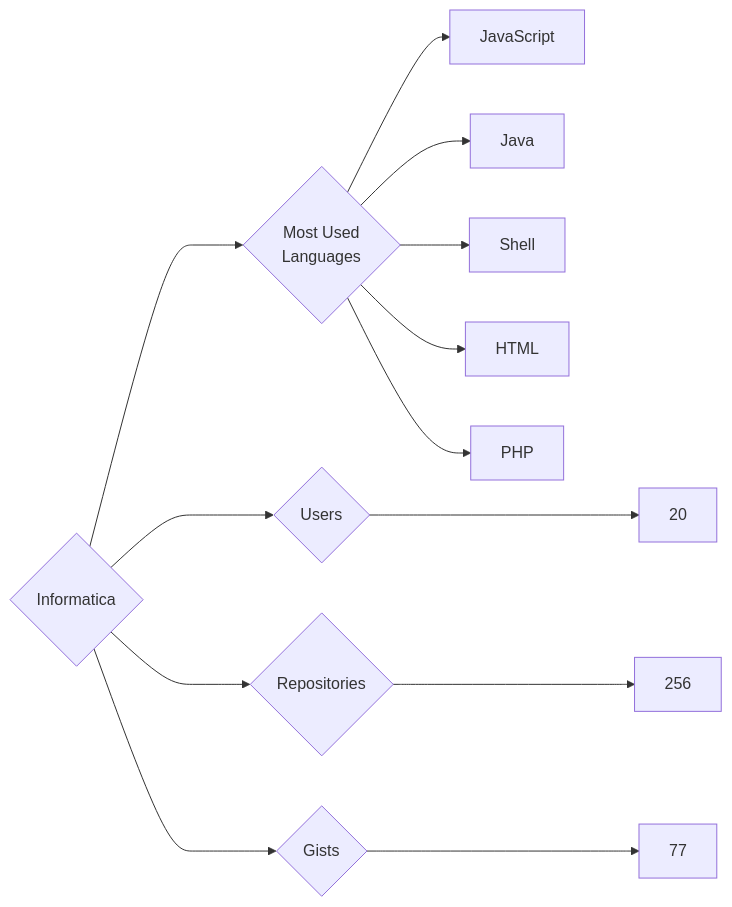
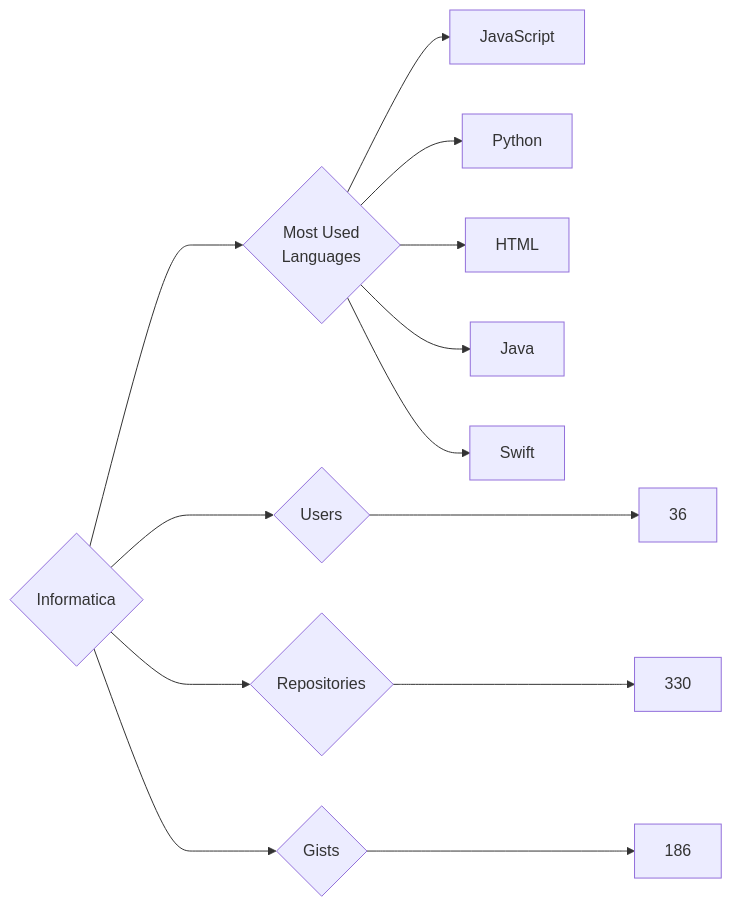
One commit to trickest/insiders changed the diagram in targets/Informatica/README.md. Above: the diagram before and after it, drawn with Mermaid. The commit also changed 757 other files, not shown here.

````diff
--- a/targets/Informatica/README.md
+++ b/targets/Informatica/README.md
@@ -3,13 +3,13 @@
 ```mermaid
 graph LR
 COMPANY_NAME{Informatica}
-COMPANY_NAME ---> U{Users} ---> UN[20]
-COMPANY_NAME ---> R{Repositories} ---> RN[256]
-COMPANY_NAME ---> G{Gists} ---> GN[77]
+COMPANY_NAME ---> U{Users} ---> UN[36]
+COMPANY_NAME ---> R{Repositories} ---> RN[330]
+COMPANY_NAME ---> G{Gists} ---> GN[186]
 COMPANY_NAME ---> ML{Most Used<br>Languages}
 ML --> JavaScript[JavaScript]
+ML --> Python[Python]
+ML --> HTML[HTML]
 ML --> Java[Java]
-ML --> Shell[Shell]
-ML --> HTML[HTML]
-ML --> PHP[PHP]
+ML --> Swift[Swift]
 ```
````
